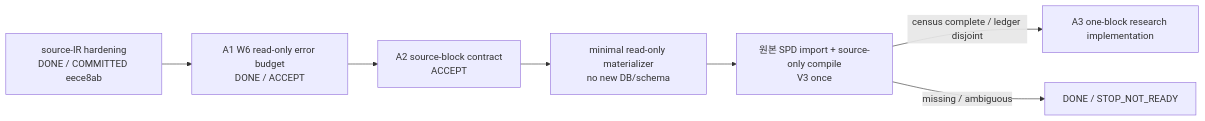
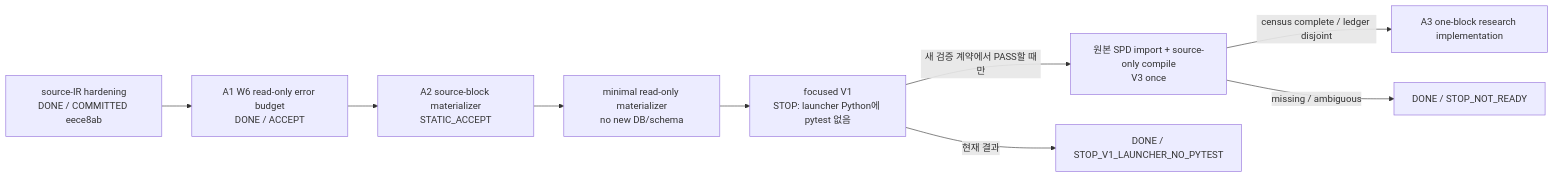
Before and after one commit to yunhyok/spd-decap-pi-evaluator: the diagram in docs/WORK_EXECUTION_BASELINE.md, drawn with Mermaid. The commit also changed other lines of this file and 3 other files, not shown here.

Commit message:
feat: add source block census audit

````diff
--- a/docs/WORK_EXECUTION_BASELINE.md
+++ b/docs/WORK_EXECUTION_BASELINE.md
@@ -25,9 +26,11 @@
 ```mermaid
 flowchart LR
     H["source-IR hardening<br/>DONE / COMMITTED eece8ab"] --> A1["A1 W6 read-only error budget<br/>DONE / ACCEPT"]
-    A1 --> A2["A2 source-block contract<br/>ACCEPT"]
+    A1 --> A2["A2 source-block materializer<br/>STATIC_ACCEPT"]
     A2 --> M["minimal read-only materializer<br/>no new DB/schema"]
-    M --> V3["원본 SPD import + source-only compile<br/>V3 once"]
+    M --> V1["focused V1<br/>STOP: launcher Python에 pytest 없음"]
+    V1 -->|새 검증 계약에서 PASS할 때만| V3["원본 SPD import + source-only compile<br/>V3 once"]
+    V1 -->|현재 결과| STOPV1["DONE / STOP_V1_LAUNCHER_NO_PYTEST"]
     V3 -->|census complete / ledger disjoint| A3["A3 one-block research implementation"]
-    V3 -->|missing / ambiguous| STOP["DONE / STOP_NOT_READY"]
+    V3 -->|missing / ambiguous| STOPSRC["DONE / STOP_NOT_READY"]
 ```
````
